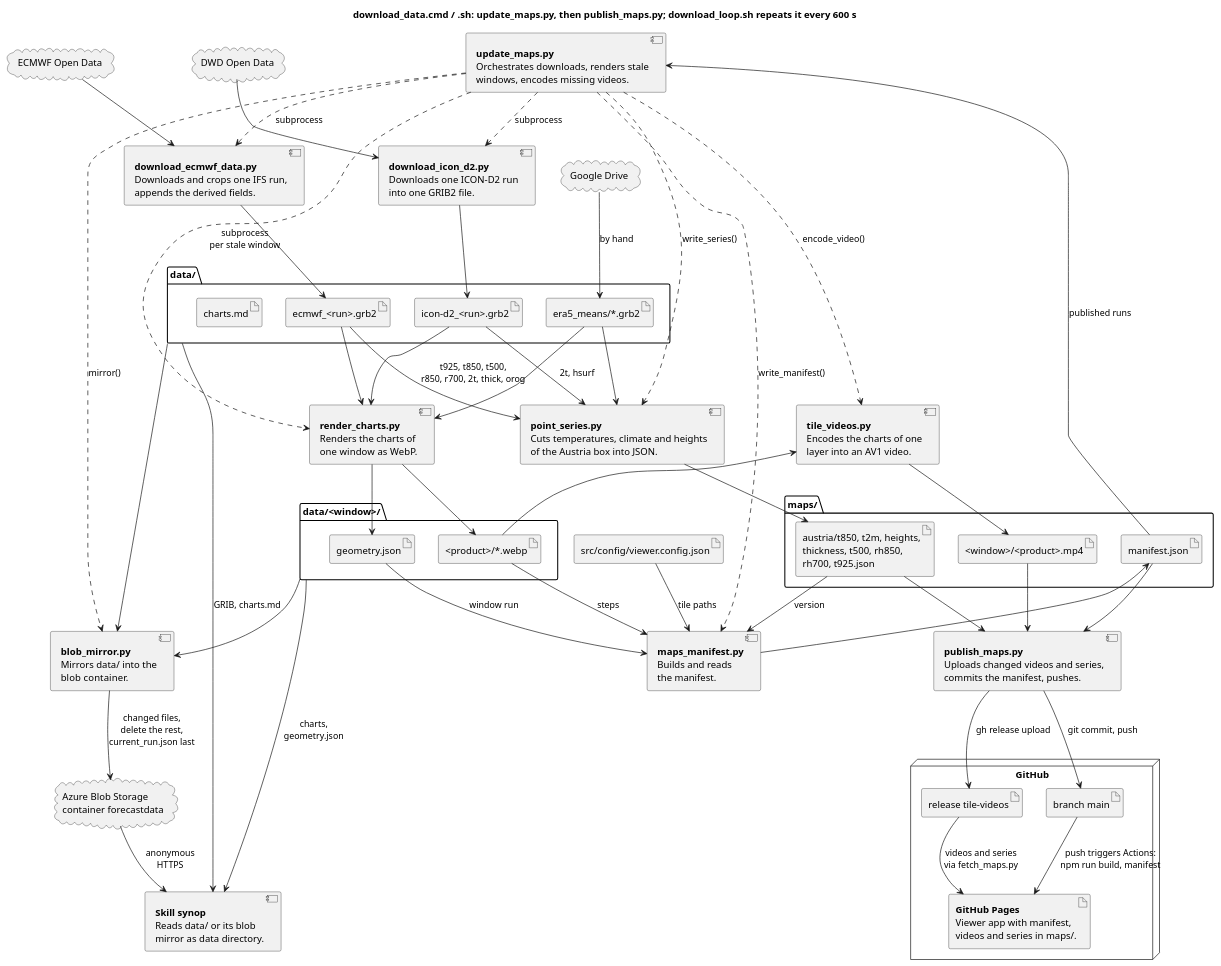
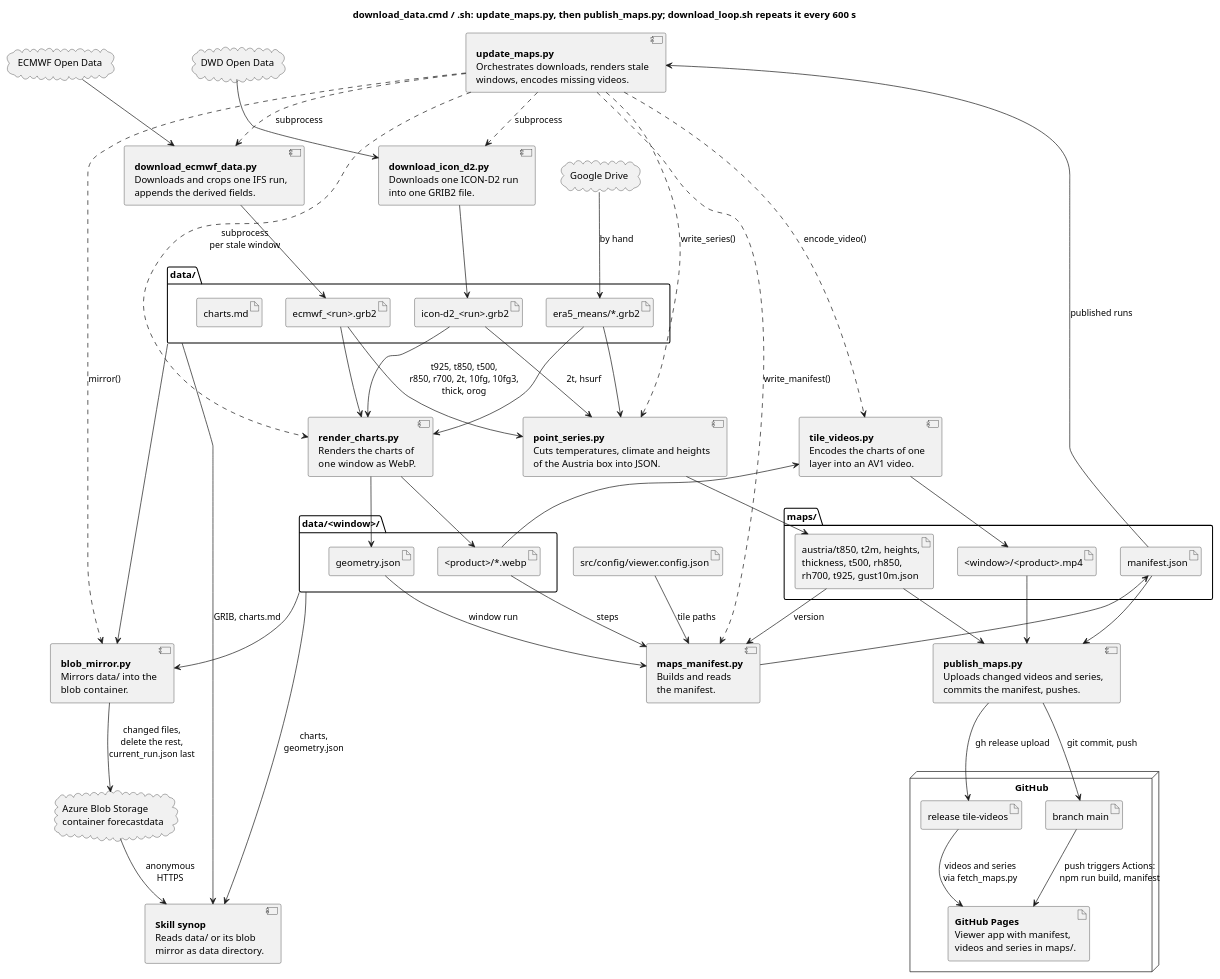
One commit to schletz/wetterkartenviewer changed the first of 5 diagrams in REFERENCE.scripts.md. Above: the diagram before and after it, drawn with PlantUML. The commit also changed other lines of this file and 32 other files, not shown here.

First line of the commit message:
Show 10 m gusts on wind10m, in the temperature diagram and the synop tables

```diff
--- a/REFERENCE.scripts.md
+++ b/REFERENCE.scripts.md
@@ -98,7 +98,7 @@
 }
 folder "maps/" {
  artifact "<window>/<product>.mp4" as videos
- artifact "austria/t850, t2m, heights,\nthickness, t500, rh850,\nrh700, t925.json" as series
+ artifact "austria/t850, t2m, heights,\nthickness, t500, rh850,\nrh700, t925, gust10m.json" as series
  artifact "manifest.json" as manifest
 }
 artifact "src/config/viewer.config.json" as config
@@ -130,7 +130,7 @@
 render_charts --> geometry
 charts --> tile_videos
 tile_videos --> videos
-ecmwf_grib --> point_series : t925, t850, t500,\nr850, r700, 2t, thick, orog
+ecmwf_grib --> point_series : t925, t850, t500,\nr850, r700, 2t, 10fg, 10fg3,\nthick, orog
 icon_grib --> point_series : 2t, hsurf
 era5 --> point_series
 point_series --> series
```
